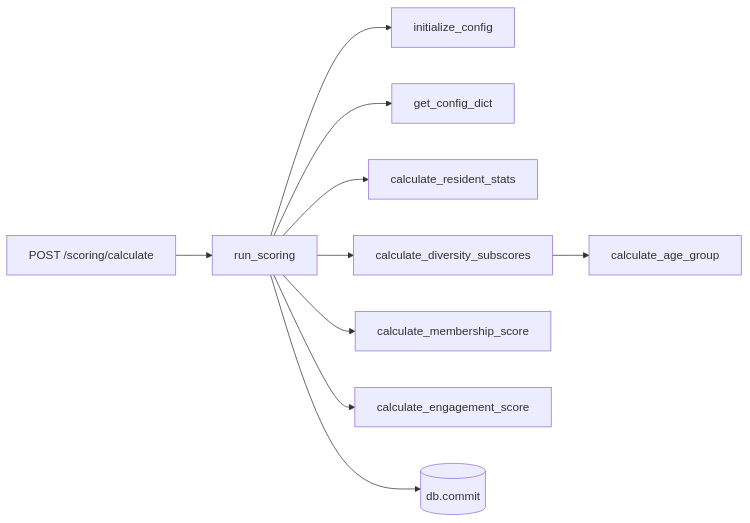
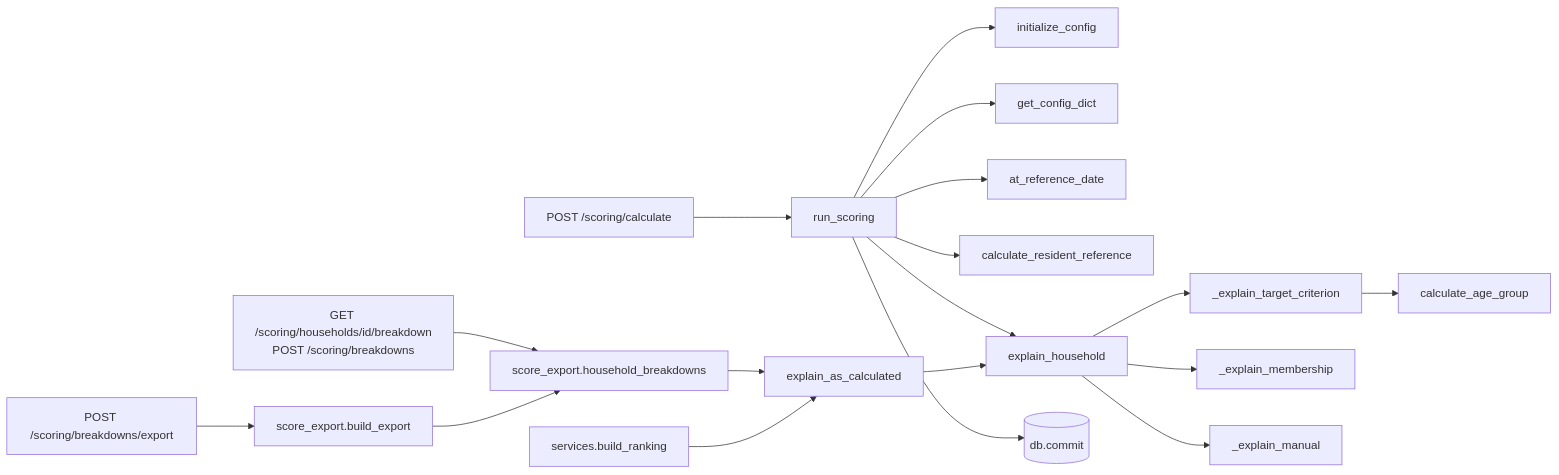
The second of 3 diagrams in docs/inventar.md (vitaliprenger/gw-household-scoring), drawn with Mermaid before and after one commit. The commit also changed other lines of this file and 15 other files, not shown here.

````diff
--- a/docs/inventar.md
+++ b/docs/inventar.md
@@ -130,12 +130,20 @@
 ```mermaid
 flowchart LR
     Route[POST /scoring/calculate] --> Run[run_scoring]
     Run --> Init[initialize_config]
     Run --> Dict[get_config_dict]
-    Run --> Stats[calculate_resident_stats]
-    Run --> Diversity[calculate_diversity_subscores]
-    Diversity --> Age[calculate_age_group]
-    Run --> Membership[calculate_membership_score]
-    Run --> Engagement[calculate_engagement_score]
+    Run --> Date[at_reference_date]
+    Run --> Ref[calculate_resident_reference]
+    Run --> Explain[explain_household]
+    Explain --> Target[_explain_target_criterion]
+    Target --> Age[calculate_age_group]
+    Explain --> Membership[_explain_membership]
+    Explain --> Manual[_explain_manual]
     Run --> Commit[(db.commit)]
+    Breakdown[GET /scoring/households/id/breakdown<br/>POST /scoring/breakdowns] --> HB[score_export.household_breakdowns]
+    Export[POST /scoring/breakdowns/export] --> Build[score_export.build_export]
+    Build --> HB
+    HB --> AsCalc[explain_as_calculated]
+    AsCalc --> Explain
+    Ranking[services.build_ranking] --> AsCalc
 ```
````
